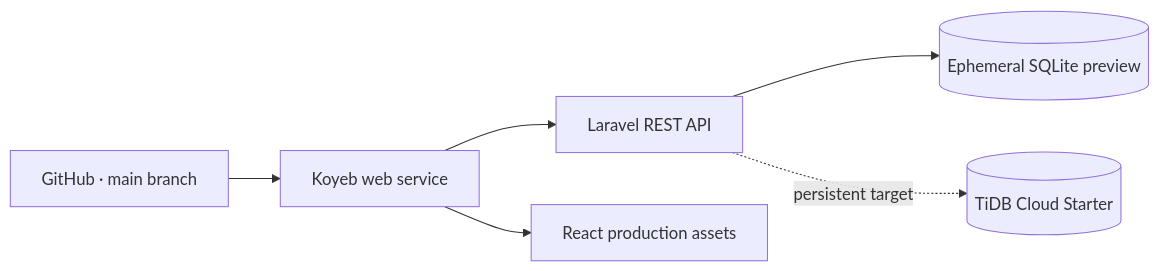
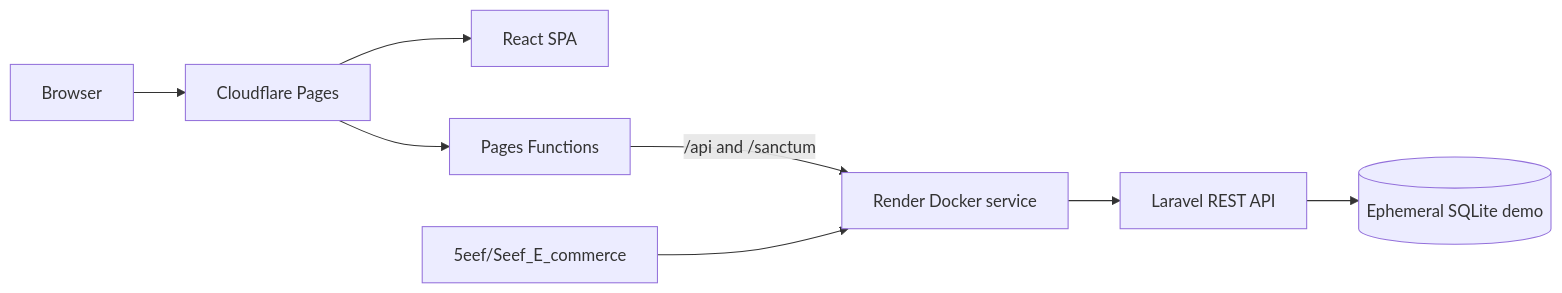
One commit to 5eef/Seef_E_commerce changed the diagram in docs/DEPLOYMENT_DEMO.md. Above: the diagram before and after it, drawn with Mermaid. The commit also changed other lines of this file and 1 other file, not shown here.

Commit message:
Publish Render and Cloudflare demo

````diff
--- a/docs/DEPLOYMENT_DEMO.md
+++ b/docs/DEPLOYMENT_DEMO.md
@@ -7,8 +11,10 @@
 ```mermaid
 flowchart LR
-    GitHub[GitHub · main branch] --> Koyeb[Koyeb web service]
-    Koyeb --> Laravel[Laravel REST API]
-    Koyeb --> React[React production assets]
-    Laravel --> Preview[(Ephemeral SQLite preview)]
-    Laravel -. persistent target .-> TiDB[(TiDB Cloud Starter)]
+    Browser[Browser] --> Pages[Cloudflare Pages]
+    Pages --> React[React SPA]
+    Pages --> Functions[Pages Functions]
+    Functions -->|/api and /sanctum| Render[Render Docker service]
+    Render --> Laravel[Laravel REST API]
+    Laravel --> SQLite[(Ephemeral SQLite demo)]
+    GitHub[5eef/Seef_E_commerce] --> Render
 ```
````
